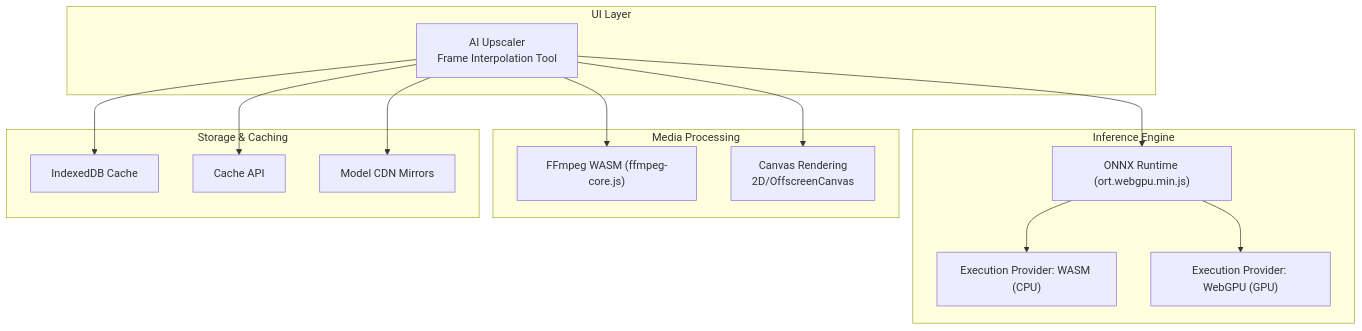
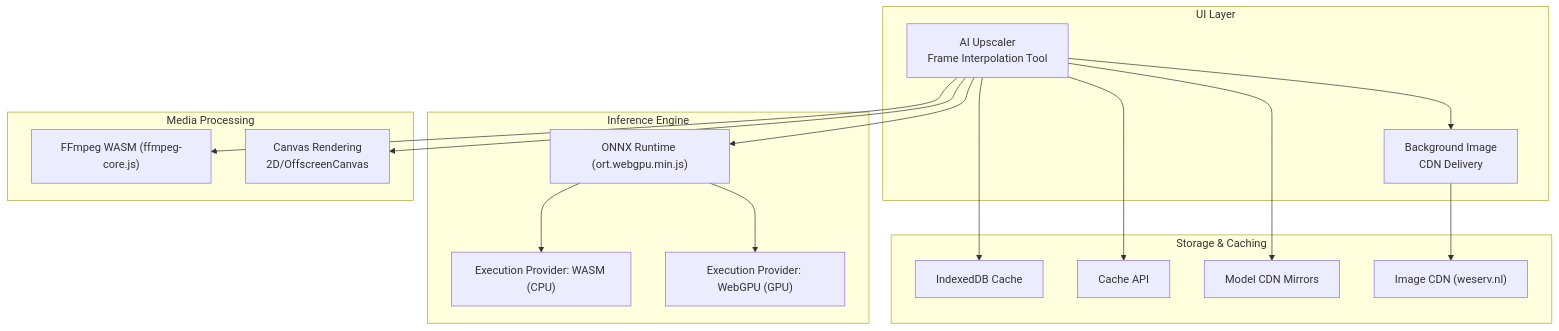
One commit to treasureGrove/TAWEBTOOL changed the first of 8 diagrams in .qoder/repowiki/en/content/Technical Implementation/Performance Optimization.md. Above: the diagram before and after it, drawn with Mermaid. The commit also changed other lines of this file and 31 other files, not shown here.

````diff
--- a/.qoder/repowiki/en/content/Technical Implementation/Performance Optimization.md
+++ b/.qoder/repowiki/en/content/Technical Implementation/Performance Optimization.md
@@ -32,28 +44,32 @@
 ```mermaid
 graph TB
 subgraph "UI Layer"
 UI["AI Upscaler<br/>Frame Interpolation Tool"]
+BG["Background Image<br/>CDN Delivery"]
 end
 subgraph "Inference Engine"
 ORT["ONNX Runtime (ort.webgpu.min.js)"]
 EP_CPU["Execution Provider: WASM (CPU)"]
 EP_GPU["Execution Provider: WebGPU (GPU)"]
 end
 subgraph "Media Processing"
 FFMPEG["FFmpeg WASM (ffmpeg-core.js)"]
 CANVAS["Canvas Rendering<br/>2D/OffscreenCanvas"]
 end
 subgraph "Storage & Caching"
 IDB["IndexedDB Cache"]
 CACHE_API["Cache API"]
 CDN["Model CDN Mirrors"]
+IMG_CDN["Image CDN (weserv.nl)"]
 end
 UI --> ORT
 UI --> FFMPEG
 UI --> CANVAS
+UI --> BG
+BG --> IMG_CDN
 ORT --> EP_CPU
 ORT --> EP_GPU
 UI --> IDB
 UI --> CACHE_API
 UI --> CDN
 ```
````
